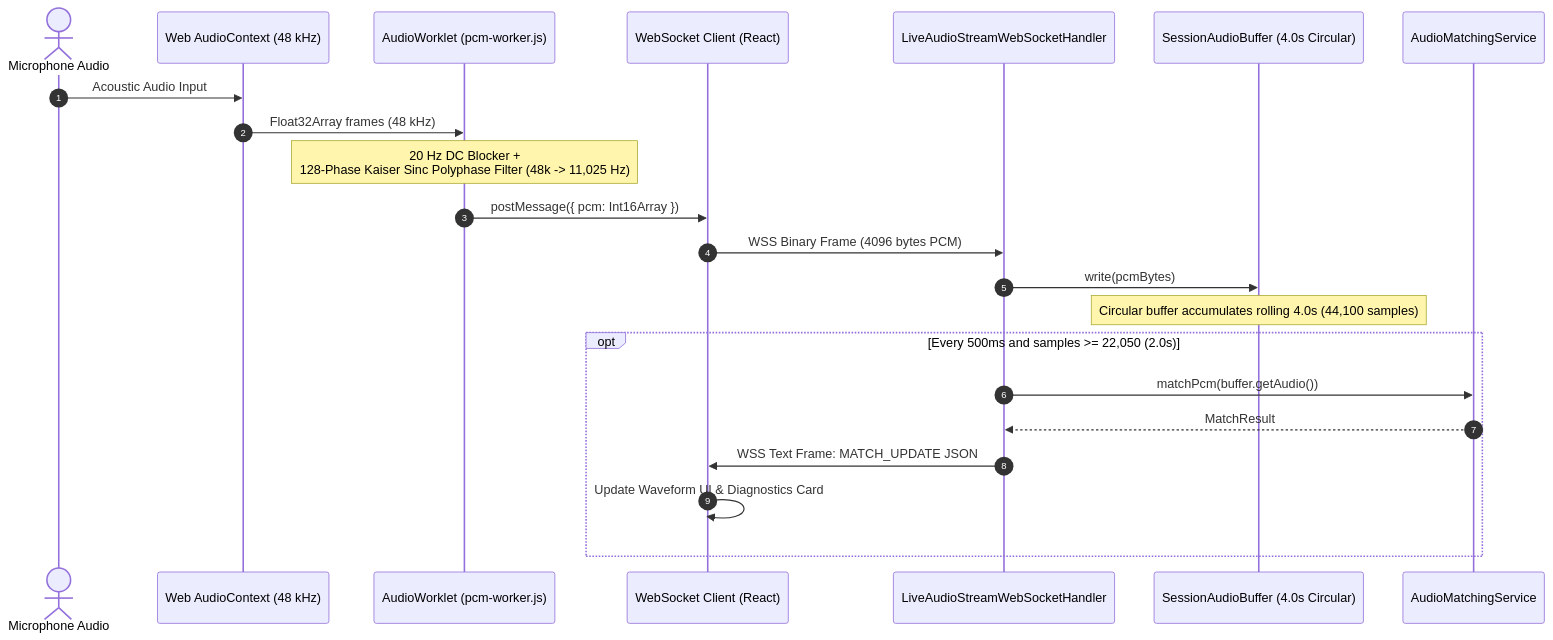
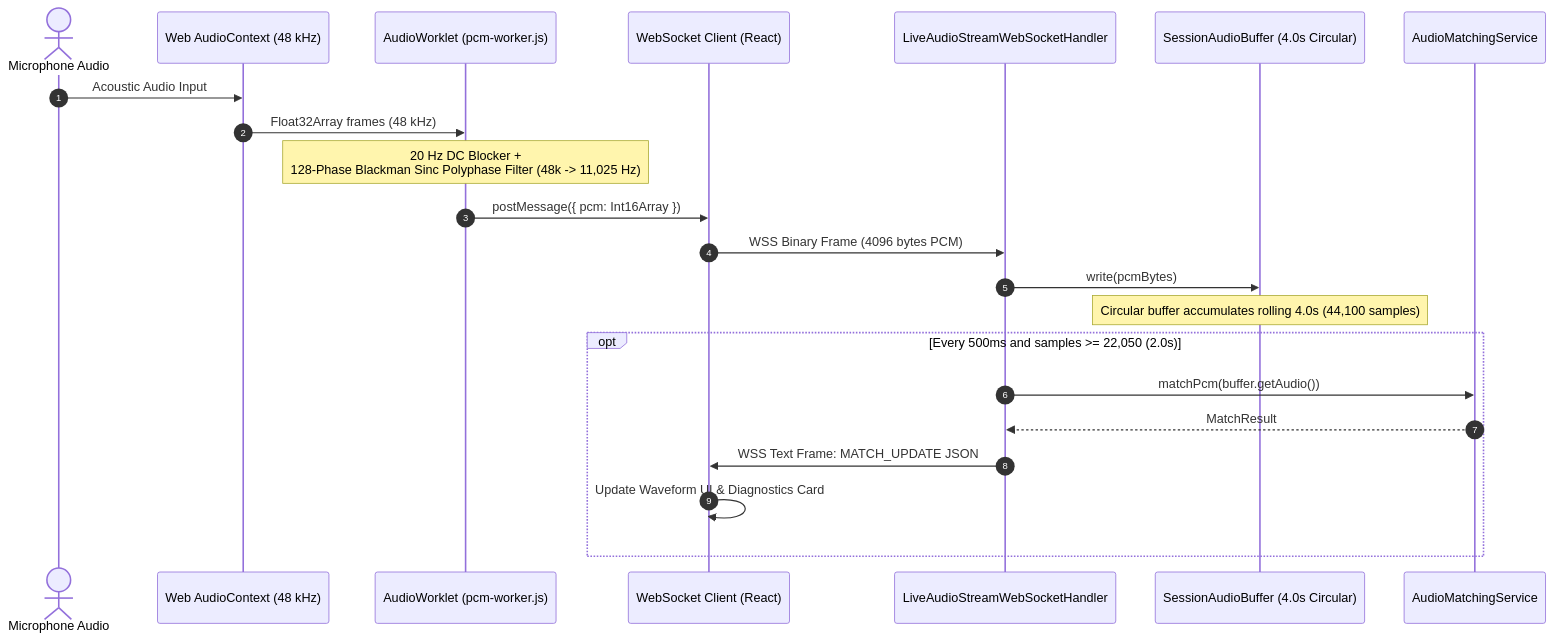
One commit to sars-23/Amber_Project changed the third of 3 diagrams in docs/ARCHITECTURE.md. Above: the diagram before and after it, drawn with Mermaid. The commit also changed other lines of this file and 7 other files, not shown here.

````diff
--- a/docs/ARCHITECTURE.md
+++ b/docs/ARCHITECTURE.md
@@ -127,25 +127,25 @@
 ```mermaid
 sequenceDiagram
     autonumber
     actor User as Microphone Audio
     participant Context as Web AudioContext (48 kHz)
     participant Worklet as AudioWorklet (pcm-worker.js)
     participant Client as WebSocket Client (React)
     participant Handler as LiveAudioStreamWebSocketHandler
     participant Buffer as SessionAudioBuffer (4.0s Circular)
     participant Matcher as AudioMatchingService
 
     User->>Context: Acoustic Audio Input
     Context->>Worklet: Float32Array frames (48 kHz)
-    Note over Worklet: 20 Hz DC Blocker +<br/>128-Phase Kaiser Sinc Polyphase Filter (48k -> 11,025 Hz)
+    Note over Worklet: 20 Hz DC Blocker +<br/>128-Phase Blackman Sinc Polyphase Filter (48k -> 11,025 Hz)
     Worklet->>Client: postMessage({ pcm: Int16Array })
     Client->>Handler: WSS Binary Frame (4096 bytes PCM)
     Handler->>Buffer: write(pcmBytes)
     Note over Buffer: Circular buffer accumulates rolling 4.0s (44,100 samples)
     opt Every 500ms and samples >= 22,050 (2.0s)
         Handler->>Matcher: matchPcm(buffer.getAudio())
         Matcher-->>Handler: MatchResult
         Handler->>Client: WSS Text Frame: MATCH_UPDATE JSON
         Client->>Client: Update Waveform UI & Diagnostics Card
     end
 ```
````
